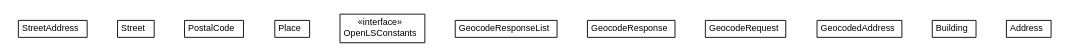
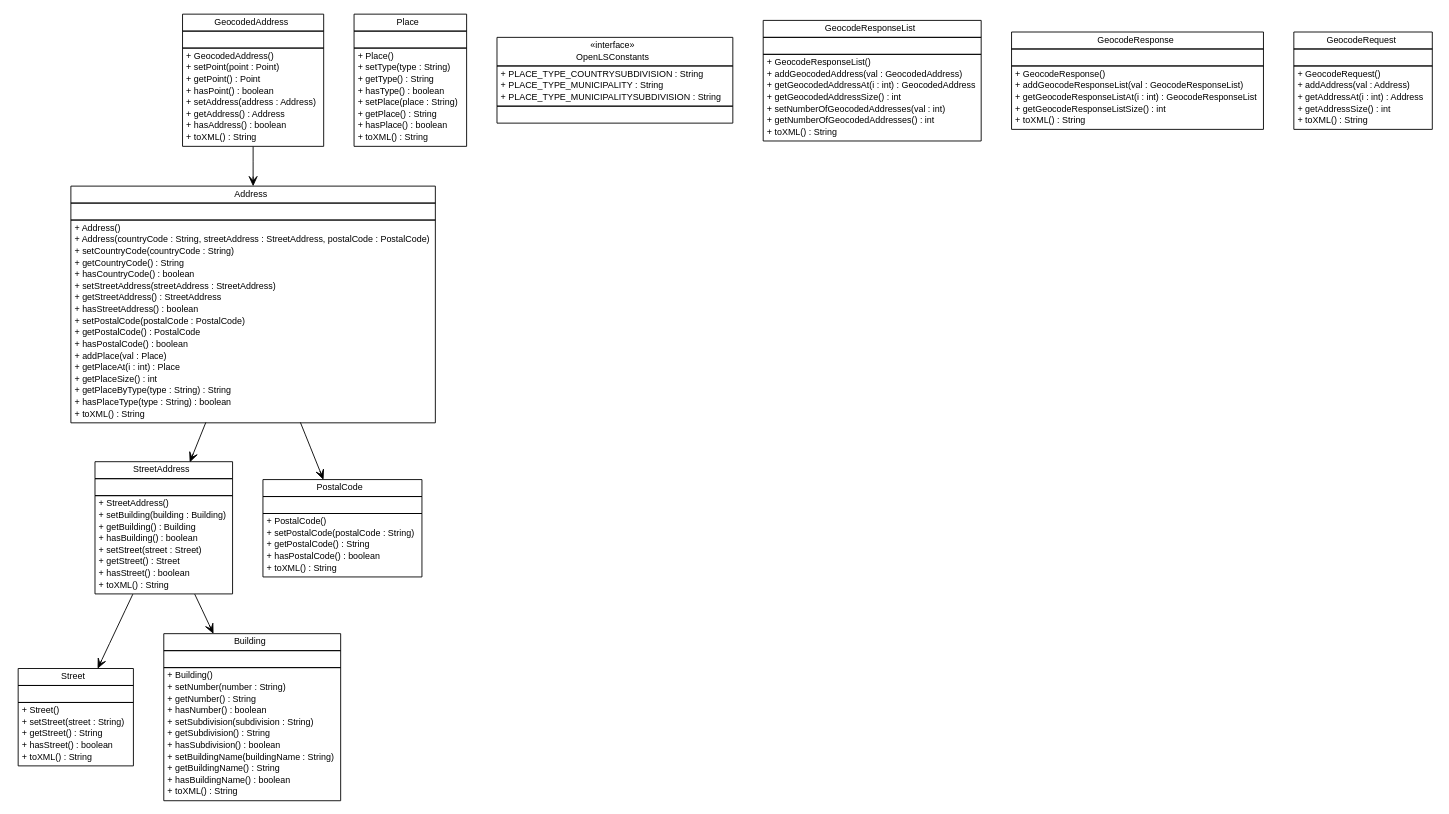
The diagram in apidocs/nl/geozet/openls/databinding/openls/nl.geozet.openls.databinding.openls.dot (geozet/openls-databinding), drawn with Graphviz before and after one commit. The commit also changed 177 other files, not shown here.

```diff
--- a/apidocs/nl/geozet/openls/databinding/openls/nl.geozet.openls.databinding.openls.dot
+++ b/apidocs/nl/geozet/openls/databinding/openls/nl.geozet.openls.databinding.openls.dot
@@ -14,11 +14,34 @@
 		<tr><td><table border="0" cellspacing="0" cellpadding="1">
 <tr><td align="center" balign="center"> StreetAddress </td></tr>
 		</table></td></tr>
+		<tr><td><table border="0" cellspacing="0" cellpadding="1">
+<tr><td align="left" balign="left">  </td></tr>
+		</table></td></tr>
+		<tr><td><table border="0" cellspacing="0" cellpadding="1">
+<tr><td align="left" balign="left"> + StreetAddress() </td></tr>
+<tr><td align="left" balign="left"> + setBuilding(building : Building) </td></tr>
+<tr><td align="left" balign="left"> + getBuilding() : Building </td></tr>
+<tr><td align="left" balign="left"> + hasBuilding() : boolean </td></tr>
+<tr><td align="left" balign="left"> + setStreet(street : Street) </td></tr>
+<tr><td align="left" balign="left"> + getStreet() : Street </td></tr>
+<tr><td align="left" balign="left"> + hasStreet() : boolean </td></tr>
+<tr><td align="left" balign="left"> + toXML() : String </td></tr>
+		</table></td></tr>
 		</table>>, URL="./StreetAddress.html", fontname="arial", fontcolor="black", fontsize=10.0];
 	// nl.geozet.openls.databinding.openls.Street
 	c39 [label=<<table title="nl.geozet.openls.databinding.openls.Street" border="0" cellborder="1" cellspacing="0" cellpadding="2" port="p" href="./Street.html">
 		<tr><td><table border="0" cellspacing="0" cellpadding="1">
 <tr><td align="center" balign="center"> Street </td></tr>
+		</table></td></tr>
+		<tr><td><table border="0" cellspacing="0" cellpadding="1">
+<tr><td align="left" balign="left">  </td></tr>
+		</table></td></tr>
+		<tr><td><table border="0" cellspacing="0" cellpadding="1">
+<tr><td align="left" balign="left"> + Street() </td></tr>
+<tr><td align="left" balign="left"> + setStreet(street : String) </td></tr>
+<tr><td align="left" balign="left"> + getStreet() : String </td></tr>
+<tr><td align="left" balign="left"> + hasStreet() : boolean </td></tr>
+<tr><td align="left" balign="left"> + toXML() : String </td></tr>
 		</table></td></tr>
 		</table>>, URL="./Street.html", fontname="arial", fontcolor="black", fontsize=10.0];
 	// nl.geozet.openls.databinding.openls.PostalCode
@@ -26,11 +49,34 @@
 		<tr><td><table border="0" cellspacing="0" cellpadding="1">
 <tr><td align="center" balign="center"> PostalCode </td></tr>
 		</table></td></tr>
+		<tr><td><table border="0" cellspacing="0" cellpadding="1">
+<tr><td align="left" balign="left">  </td></tr>
+		</table></td></tr>
+		<tr><td><table border="0" cellspacing="0" cellpadding="1">
+<tr><td align="left" balign="left"> + PostalCode() </td></tr>
+<tr><td align="left" balign="left"> + setPostalCode(postalCode : String) </td></tr>
+<tr><td align="left" balign="left"> + getPostalCode() : String </td></tr>
+<tr><td align="left" balign="left"> + hasPostalCode() : boolean </td></tr>
+<tr><td align="left" balign="left"> + toXML() : String </td></tr>
+		</table></td></tr>
 		</table>>, URL="./PostalCode.html", fontname="arial", fontcolor="black", fontsize=10.0];
 	// nl.geozet.openls.databinding.openls.Place
 	c41 [label=<<table title="nl.geozet.openls.databinding.openls.Place" border="0" cellborder="1" cellspacing="0" cellpadding="2" port="p" href="./Place.html">
 		<tr><td><table border="0" cellspacing="0" cellpadding="1">
 <tr><td align="center" balign="center"> Place </td></tr>
+		</table></td></tr>
+		<tr><td><table border="0" cellspacing="0" cellpadding="1">
+<tr><td align="left" balign="left">  </td></tr>
+		</table></td></tr>
+		<tr><td><table border="0" cellspacing="0" cellpadding="1">
+<tr><td align="left" balign="left"> + Place() </td></tr>
+<tr><td align="left" balign="left"> + setType(type : String) </td></tr>
+<tr><td align="left" balign="left"> + getType() : String </td></tr>
+<tr><td align="left" balign="left"> + hasType() : boolean </td></tr>
+<tr><td align="left" balign="left"> + setPlace(place : String) </td></tr>
+<tr><td align="left" balign="left"> + getPlace() : String </td></tr>
+<tr><td align="left" balign="left"> + hasPlace() : boolean </td></tr>
+<tr><td align="left" balign="left"> + toXML() : String </td></tr>
 		</table></td></tr>
 		</table>>, URL="./Place.html", fontname="arial", fontcolor="black", fontsize=10.0];
 	// nl.geozet.openls.databinding.openls.OpenLSConstants
@@ -39,11 +85,31 @@
 <tr><td align="center" balign="center"> &#171;interface&#187; </td></tr>
 <tr><td align="center" balign="center"> OpenLSConstants </td></tr>
 		</table></td></tr>
+		<tr><td><table border="0" cellspacing="0" cellpadding="1">
+<tr><td align="left" balign="left"> + PLACE_TYPE_COUNTRYSUBDIVISION : String </td></tr>
+<tr><td align="left" balign="left"> + PLACE_TYPE_MUNICIPALITY : String </td></tr>
+<tr><td align="left" balign="left"> + PLACE_TYPE_MUNICIPALITYSUBDIVISION : String </td></tr>
+		</table></td></tr>
+		<tr><td><table border="0" cellspacing="0" cellpadding="1">
+<tr><td align="left" balign="left">  </td></tr>
+		</table></td></tr>
 		</table>>, URL="./OpenLSConstants.html", fontname="arial", fontcolor="black", fontsize=10.0];
 	// nl.geozet.openls.databinding.openls.GeocodeResponseList
 	c43 [label=<<table title="nl.geozet.openls.databinding.openls.GeocodeResponseList" border="0" cellborder="1" cellspacing="0" cellpadding="2" port="p" href="./GeocodeResponseList.html">
 		<tr><td><table border="0" cellspacing="0" cellpadding="1">
 <tr><td align="center" balign="center"> GeocodeResponseList </td></tr>
+		</table></td></tr>
+		<tr><td><table border="0" cellspacing="0" cellpadding="1">
+<tr><td align="left" balign="left">  </td></tr>
+		</table></td></tr>
+		<tr><td><table border="0" cellspacing="0" cellpadding="1">
+<tr><td align="left" balign="left"> + GeocodeResponseList() </td></tr>
+<tr><td align="left" balign="left"> + addGeocodedAddress(val : GeocodedAddress) </td></tr>
+<tr><td align="left" balign="left"> + getGeocodedAddressAt(i : int) : GeocodedAddress </td></tr>
+<tr><td align="left" balign="left"> + getGeocodedAddressSize() : int </td></tr>
+<tr><td align="left" balign="left"> + setNumberOfGeocodedAddresses(val : int) </td></tr>
+<tr><td align="left" balign="left"> + getNumberOfGeocodedAddresses() : int </td></tr>
+<tr><td align="left" balign="left"> + toXML() : String </td></tr>
 		</table></td></tr>
 		</table>>, URL="./GeocodeResponseList.html", fontname="arial", fontcolor="black", fontsize=10.0];
 	// nl.geozet.openls.databinding.openls.GeocodeResponse
@@ -51,11 +117,31 @@
 		<tr><td><table border="0" cellspacing="0" cellpadding="1">
 <tr><td align="center" balign="center"> GeocodeResponse </td></tr>
 		</table></td></tr>
+		<tr><td><table border="0" cellspacing="0" cellpadding="1">
+<tr><td align="left" balign="left">  </td></tr>
+		</table></td></tr>
+		<tr><td><table border="0" cellspacing="0" cellpadding="1">
+<tr><td align="left" balign="left"> + GeocodeResponse() </td></tr>
+<tr><td align="left" balign="left"> + addGeocodeResponseList(val : GeocodeResponseList) </td></tr>
+<tr><td align="left" balign="left"> + getGeocodeResponseListAt(i : int) : GeocodeResponseList </td></tr>
+<tr><td align="left" balign="left"> + getGeocodeResponseListSize() : int </td></tr>
+<tr><td align="left" balign="left"> + toXML() : String </td></tr>
+		</table></td></tr>
 		</table>>, URL="./GeocodeResponse.html", fontname="arial", fontcolor="black", fontsize=10.0];
 	// nl.geozet.openls.databinding.openls.GeocodeRequest
 	c45 [label=<<table title="nl.geozet.openls.databinding.openls.GeocodeRequest" border="0" cellborder="1" cellspacing="0" cellpadding="2" port="p" href="./GeocodeRequest.html">
 		<tr><td><table border="0" cellspacing="0" cellpadding="1">
 <tr><td align="center" balign="center"> GeocodeRequest </td></tr>
+		</table></td></tr>
+		<tr><td><table border="0" cellspacing="0" cellpadding="1">
+<tr><td align="left" balign="left">  </td></tr>
+		</table></td></tr>
+		<tr><td><table border="0" cellspacing="0" cellpadding="1">
+<tr><td align="left" balign="left"> + GeocodeRequest() </td></tr>
+<tr><td align="left" balign="left"> + addAddress(val : Address) </td></tr>
+<tr><td align="left" balign="left"> + getAddressAt(i : int) : Address </td></tr>
+<tr><td align="left" balign="left"> + getAddressSize() : int </td></tr>
+<tr><td align="left" balign="left"> + toXML() : String </td></tr>
 		</table></td></tr>
 		</table>>, URL="./GeocodeRequest.html", fontname="arial", fontcolor="black", fontsize=10.0];
 	// nl.geozet.openls.databinding.openls.GeocodedAddress
@@ -63,11 +149,40 @@
 		<tr><td><table border="0" cellspacing="0" cellpadding="1">
 <tr><td align="center" balign="center"> GeocodedAddress </td></tr>
 		</table></td></tr>
+		<tr><td><table border="0" cellspacing="0" cellpadding="1">
+<tr><td align="left" balign="left">  </td></tr>
+		</table></td></tr>
+		<tr><td><table border="0" cellspacing="0" cellpadding="1">
+<tr><td align="left" balign="left"> + GeocodedAddress() </td></tr>
+<tr><td align="left" balign="left"> + setPoint(point : Point) </td></tr>
+<tr><td align="left" balign="left"> + getPoint() : Point </td></tr>
+<tr><td align="left" balign="left"> + hasPoint() : boolean </td></tr>
+<tr><td align="left" balign="left"> + setAddress(address : Address) </td></tr>
+<tr><td align="left" balign="left"> + getAddress() : Address </td></tr>
+<tr><td align="left" balign="left"> + hasAddress() : boolean </td></tr>
+<tr><td align="left" balign="left"> + toXML() : String </td></tr>
+		</table></td></tr>
 		</table>>, URL="./GeocodedAddress.html", fontname="arial", fontcolor="black", fontsize=10.0];
 	// nl.geozet.openls.databinding.openls.Building
 	c47 [label=<<table title="nl.geozet.openls.databinding.openls.Building" border="0" cellborder="1" cellspacing="0" cellpadding="2" port="p" href="./Building.html">
 		<tr><td><table border="0" cellspacing="0" cellpadding="1">
 <tr><td align="center" balign="center"> Building </td></tr>
+		</table></td></tr>
+		<tr><td><table border="0" cellspacing="0" cellpadding="1">
+<tr><td align="left" balign="left">  </td></tr>
+		</table></td></tr>
+		<tr><td><table border="0" cellspacing="0" cellpadding="1">
+<tr><td align="left" balign="left"> + Building() </td></tr>
+<tr><td align="left" balign="left"> + setNumber(number : String) </td></tr>
+<tr><td align="left" balign="left"> + getNumber() : String </td></tr>
+<tr><td align="left" balign="left"> + hasNumber() : boolean </td></tr>
+<tr><td align="left" balign="left"> + setSubdivision(subdivision : String) </td></tr>
+<tr><td align="left" balign="left"> + getSubdivision() : String </td></tr>
+<tr><td align="left" balign="left"> + hasSubdivision() : boolean </td></tr>
+<tr><td align="left" balign="left"> + setBuildingName(buildingName : String) </td></tr>
+<tr><td align="left" balign="left"> + getBuildingName() : String </td></tr>
+<tr><td align="left" balign="left"> + hasBuildingName() : boolean </td></tr>
+<tr><td align="left" balign="left"> + toXML() : String </td></tr>
 		</table></td></tr>
 		</table>>, URL="./Building.html", fontname="arial", fontcolor="black", fontsize=10.0];
 	// nl.geozet.openls.databinding.openls.Address
@@ -75,5 +190,37 @@
 		<tr><td><table border="0" cellspacing="0" cellpadding="1">
 <tr><td align="center" balign="center"> Address </td></tr>
 		</table></td></tr>
+		<tr><td><table border="0" cellspacing="0" cellpadding="1">
+<tr><td align="left" balign="left">  </td></tr>
+		</table></td></tr>
+		<tr><td><table border="0" cellspacing="0" cellpadding="1">
+<tr><td align="left" balign="left"> + Address() </td></tr>
+<tr><td align="left" balign="left"> + Address(countryCode : String, streetAddress : StreetAddress, postalCode : PostalCode) </td></tr>
+<tr><td align="left" balign="left"> + setCountryCode(countryCode : String) </td></tr>
+<tr><td align="left" balign="left"> + getCountryCode() : String </td></tr>
+<tr><td align="left" balign="left"> + hasCountryCode() : boolean </td></tr>
+<tr><td align="left" balign="left"> + setStreetAddress(streetAddress : StreetAddress) </td></tr>
+<tr><td align="left" balign="left"> + getStreetAddress() : StreetAddress </td></tr>
+<tr><td align="left" balign="left"> + hasStreetAddress() : boolean </td></tr>
+<tr><td align="left" balign="left"> + setPostalCode(postalCode : PostalCode) </td></tr>
+<tr><td align="left" balign="left"> + getPostalCode() : PostalCode </td></tr>
+<tr><td align="left" balign="left"> + hasPostalCode() : boolean </td></tr>
+<tr><td align="left" balign="left"> + addPlace(val : Place) </td></tr>
+<tr><td align="left" balign="left"> + getPlaceAt(i : int) : Place </td></tr>
+<tr><td align="left" balign="left"> + getPlaceSize() : int </td></tr>
+<tr><td align="left" balign="left"> + getPlaceByType(type : String) : String </td></tr>
+<tr><td align="left" balign="left"> + hasPlaceType(type : String) : boolean </td></tr>
+<tr><td align="left" balign="left"> + toXML() : String </td></tr>
+		</table></td></tr>
 		</table>>, URL="./Address.html", fontname="arial", fontcolor="black", fontsize=10.0];
+	// nl.geozet.openls.databinding.openls.StreetAddress NAVASSOC nl.geozet.openls.databinding.openls.Building
+	c38:p -> c47:p [taillabel="", label="", headlabel="", fontname="arial", fontcolor="black", fontsize=10.0, color="black", arrowhead=open];
+	// nl.geozet.openls.databinding.openls.StreetAddress NAVASSOC nl.geozet.openls.databinding.openls.Street
+	c38:p -> c39:p [taillabel="", label="", headlabel="", fontname="arial", fontcolor="black", fontsize=10.0, color="black", arrowhead=open];
+	// nl.geozet.openls.databinding.openls.GeocodedAddress NAVASSOC nl.geozet.openls.databinding.openls.Address
+	c46:p -> c48:p [taillabel="", label="", headlabel="", fontname="arial", fontcolor="black", fontsize=10.0, color="black", arrowhead=open];
+	// nl.geozet.openls.databinding.openls.Address NAVASSOC nl.geozet.openls.databinding.openls.StreetAddress
+	c48:p -> c38:p [taillabel="", label="", headlabel="", fontname="arial", fontcolor="black", fontsize=10.0, color="black", arrowhead=open];
+	// nl.geozet.openls.databinding.openls.Address NAVASSOC nl.geozet.openls.databinding.openls.PostalCode
+	c48:p -> c40:p [taillabel="", label="", headlabel="", fontname="arial", fontcolor="black", fontsize=10.0, color="black", arrowhead=open];
 }
```
